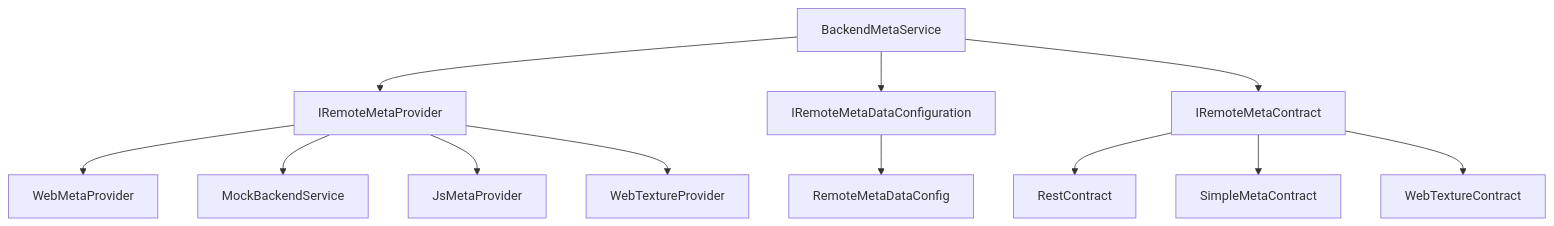
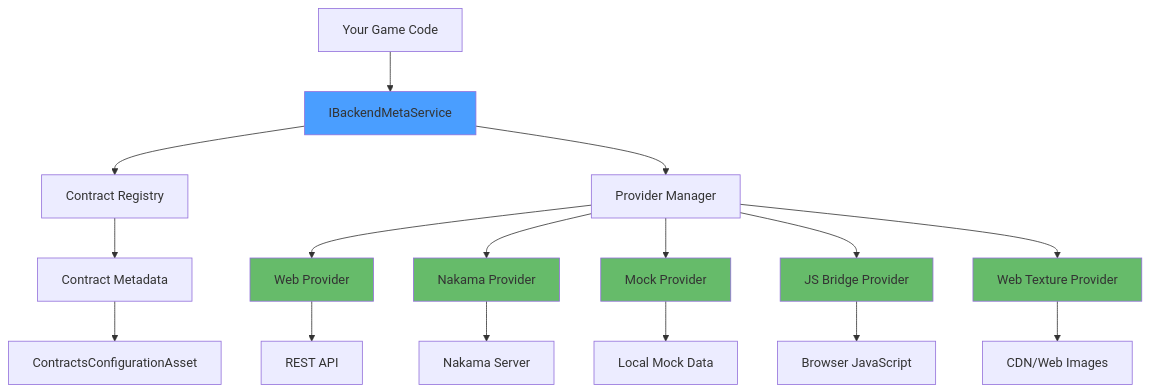
One commit to UnioGame/unigame.meta.backend changed the diagram in README.md. Above: the diagram before and after it, drawn with Mermaid. The commit also changed other lines of this file and 2 other files, not shown here.

````diff
--- a/README.md
+++ b/README.md
@@ -39,16 +645,28 @@
 ```mermaid
 graph TB
-    A[BackendMetaService] --> B[IRemoteMetaProvider]
-    B --> C[WebMetaProvider]
-    B --> D[MockBackendService]
-    B --> E[JsMetaProvider]
-    B --> F[WebTextureProvider]
+    A[Your Game Code] --> B[IBackendMetaService]
+    B --> C[Contract Registry]
+    B --> D[Provider Manager]
     
-    A --> G[IRemoteMetaDataConfiguration]
-    G --> H[RemoteMetaDataConfig]
+    D --> E[Web Provider]
+    D --> F[Nakama Provider]
+    D --> G[Mock Provider]
+    D --> H[JS Bridge Provider]
+    D --> I[Web Texture Provider]
     
-    A --> I[IRemoteMetaContract]
-    I --> J[RestContract]
-    I --> K[SimpleMetaContract]
-    I --> L[WebTextureContract]
+    E --> J[REST API]
+    F --> K[Nakama Server]
+    G --> L[Local Mock Data]
+    H --> M[Browser JavaScript]
+    I --> N[CDN/Web Images]
+    
+    C --> O[Contract Metadata]
+    O --> P[ContractsConfigurationAsset]
+    
+    style B fill:#4a9eff
+    style E fill:#66bb6a
+    style F fill:#66bb6a
+    style G fill:#66bb6a
+    style H fill:#66bb6a
+    style I fill:#66bb6a
 ```
````
